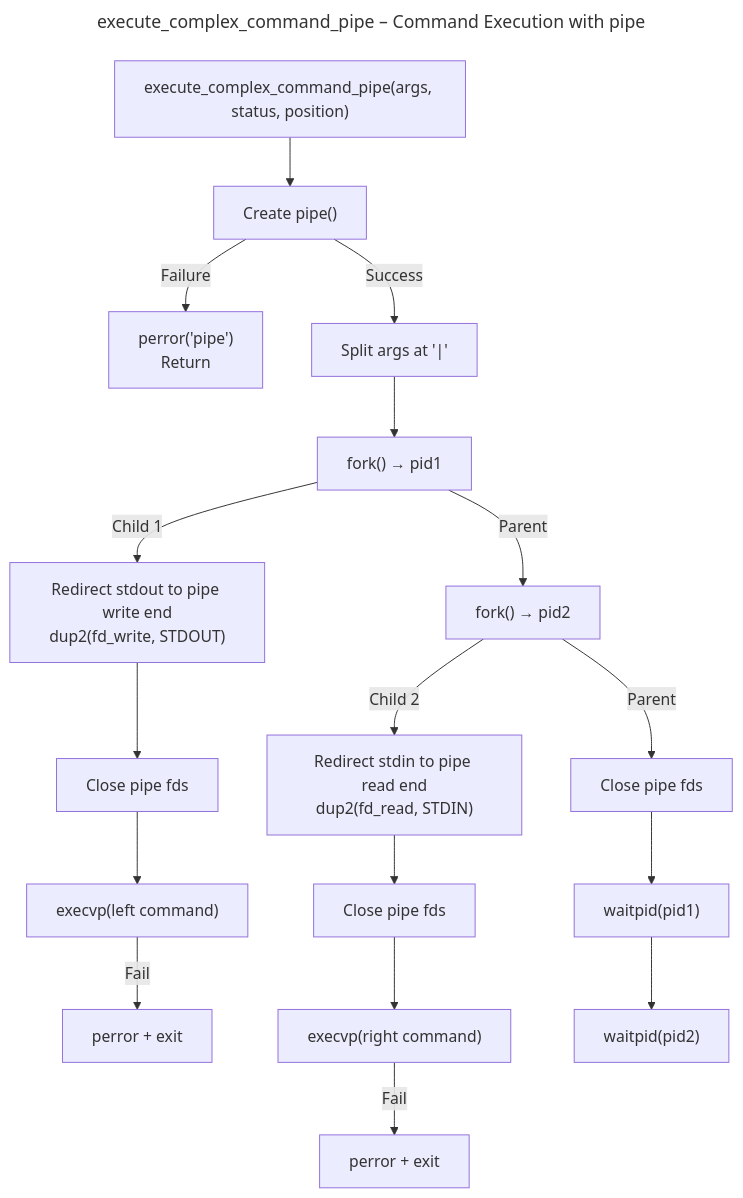
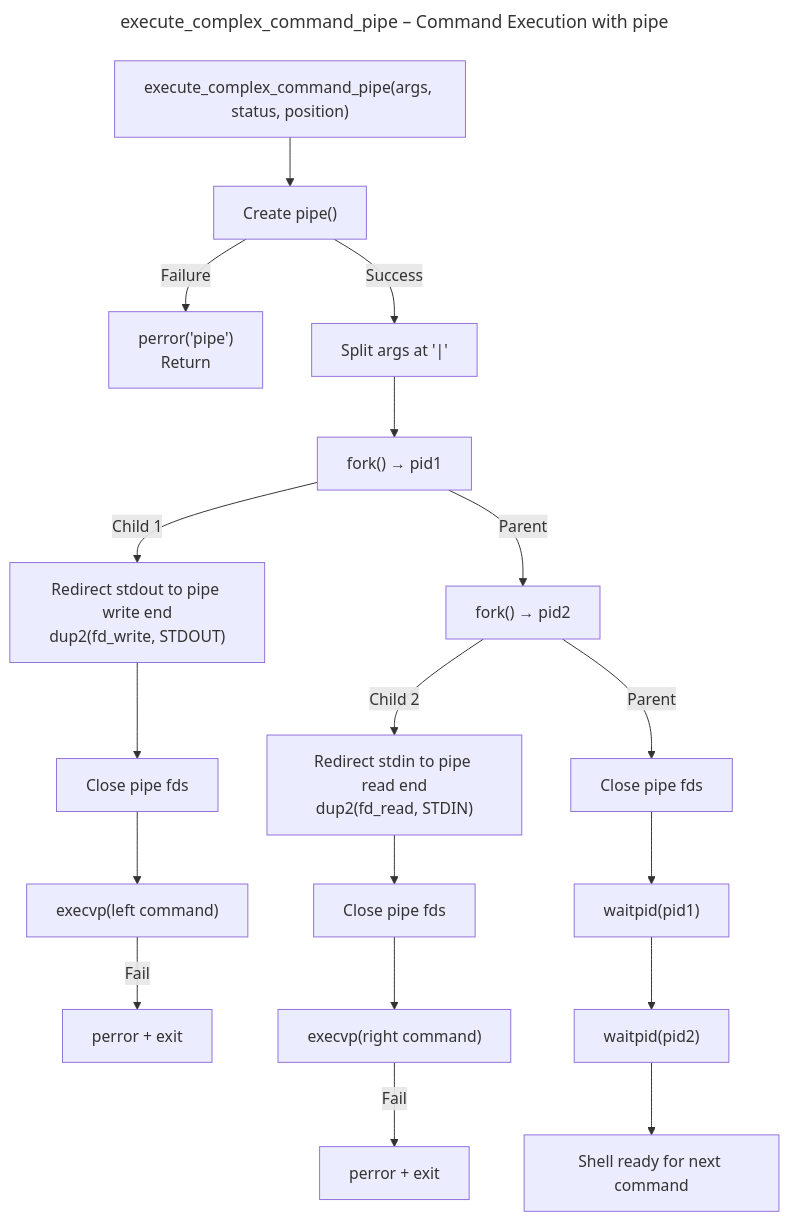
The ninth of 9 diagrams in README.md (marouaidb/2526_TP_PS_CHERIFI_MAROUA), drawn with Mermaid before and after one commit. The commit also changed other lines of this file and 1 other file, not shown here.

````diff
--- a/README.md
+++ b/README.md
@@ -339,28 +375,29 @@
 ```mermaid
 ---
 title: execute_complex_command_pipe – Command Execution with pipe
 ---
 flowchart TD
     A["execute_complex_command_pipe(args, status, position)"] --> B["Create pipe()"]
 
     B -->|Failure| C["perror('pipe')<br/>Return"]
     B -->|Success| D["Split args at '|'"]
 
     D --> E["fork() → pid1"]
 
     E -->|Child 1| F["Redirect stdout to pipe write end<br/>dup2(fd_write, STDOUT)"]
     F --> G["Close pipe fds"]
     G --> H["execvp(left command)"]
     H -->|Fail| I["perror + exit"]
 
     E -->|Parent| J["fork() → pid2"]
 
     J -->|Child 2| K["Redirect stdin to pipe read end<br/>dup2(fd_read, STDIN)"]
     K --> L["Close pipe fds"]
     L --> M["execvp(right command)"]
     M -->|Fail| N["perror + exit"]
 
     J -->|Parent| O["Close pipe fds"]
     O --> P["waitpid(pid1)"]
     P --> Q["waitpid(pid2)"]
+    Q --> R["Shell ready for next command"]
 ```
````
